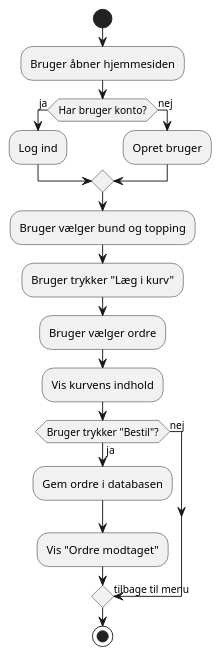
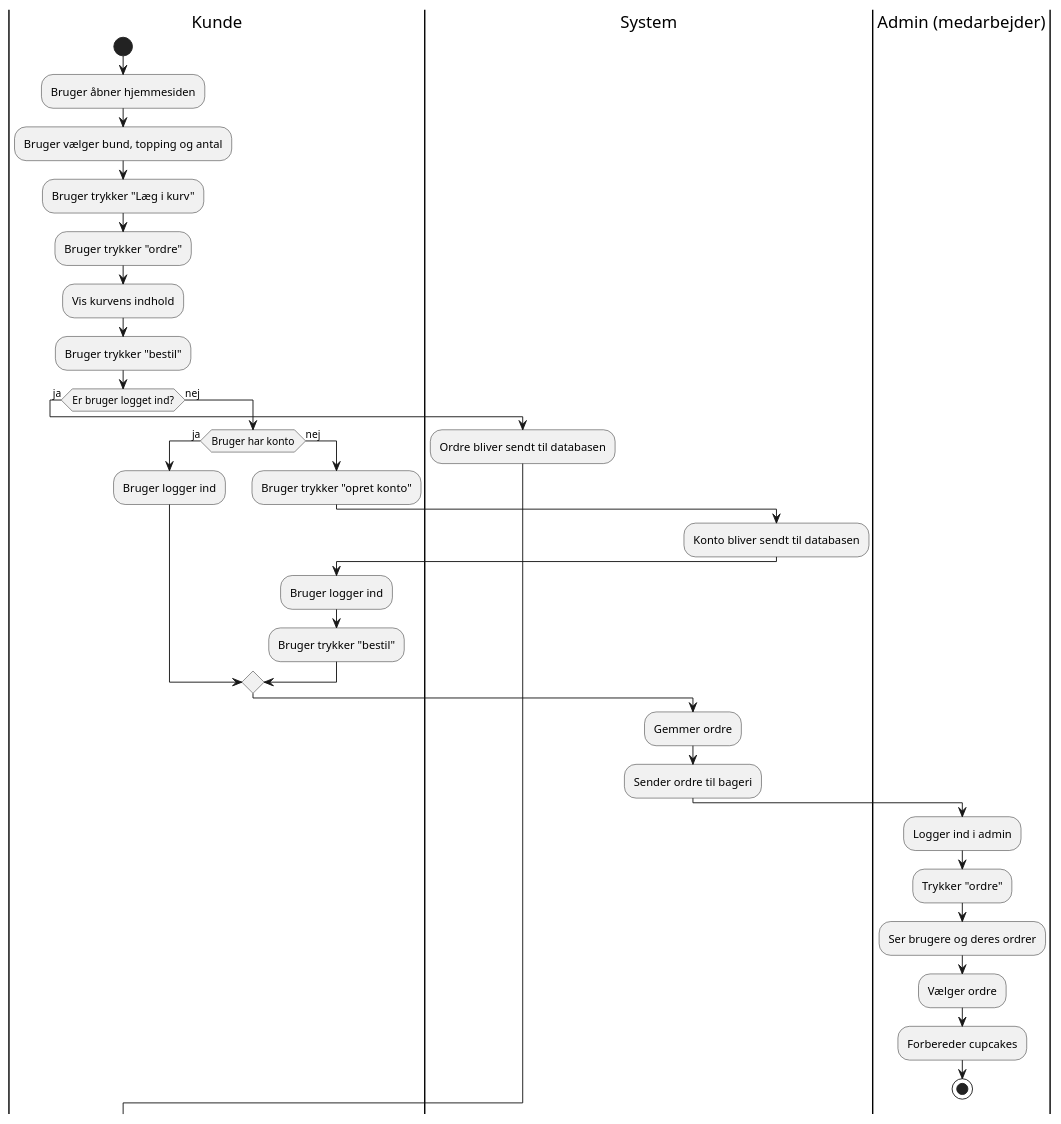
One commit to CupcakeProjekt/Cupcake changed the diagram in src/main/resources/diagram/activity.cupcake.puml. Above: the diagram before and after it, drawn with PlantUML. The commit also changed 9 other files, not shown here.

```diff
--- a/src/main/resources/diagram/activity.cupcake.puml
+++ b/src/main/resources/diagram/activity.cupcake.puml
@@ -1,26 +1,41 @@
 @startuml
+|Kunde|
 start
-
 :Bruger åbner hjemmesiden;
 
-if (Har bruger konto?) then (ja)
-  :Log ind;
-else (nej)
-  :Opret bruger;
-endif
 
-:Bruger vælger bund og topping;
+:Bruger vælger bund, topping og antal;
 
 :Bruger trykker "Læg i kurv";
-:Bruger vælger ordre;
+:Bruger trykker "ordre";
 :Vis kurvens indhold;
+:Bruger trykker "bestil";
+if (Er bruger logget ind?) then (ja)
+|System|
+  :Ordre bliver sendt til databasen;
+  |Kunde|
+else (nej)
+if(Bruger har konto) then (ja)
+  :Bruger logger ind;
+  else(nej)
+  :Bruger trykker "opret konto";
+  |System|
+  :Konto bliver sendt til databasen;
+  |Kunde|
+  :Bruger logger ind;
+  :Bruger trykker "bestil";
+endif
+|System|
 
-if (Bruger trykker "Bestil"?) then (ja)
-  :Gem ordre i databasen;
-  :Vis "Ordre modtaget";
-else (nej)
-  -> tilbage til menu;
-endif
+:Gemmer ordre;
+:Sender ordre til bageri;
+
+|Admin (medarbejder)|
+:Logger ind i admin;
+:Trykker "ordre";
+:Ser brugere og deres ordrer;
+:Vælger ordre;
+:Forbereder cupcakes;
 
 stop
 @enduml
```
